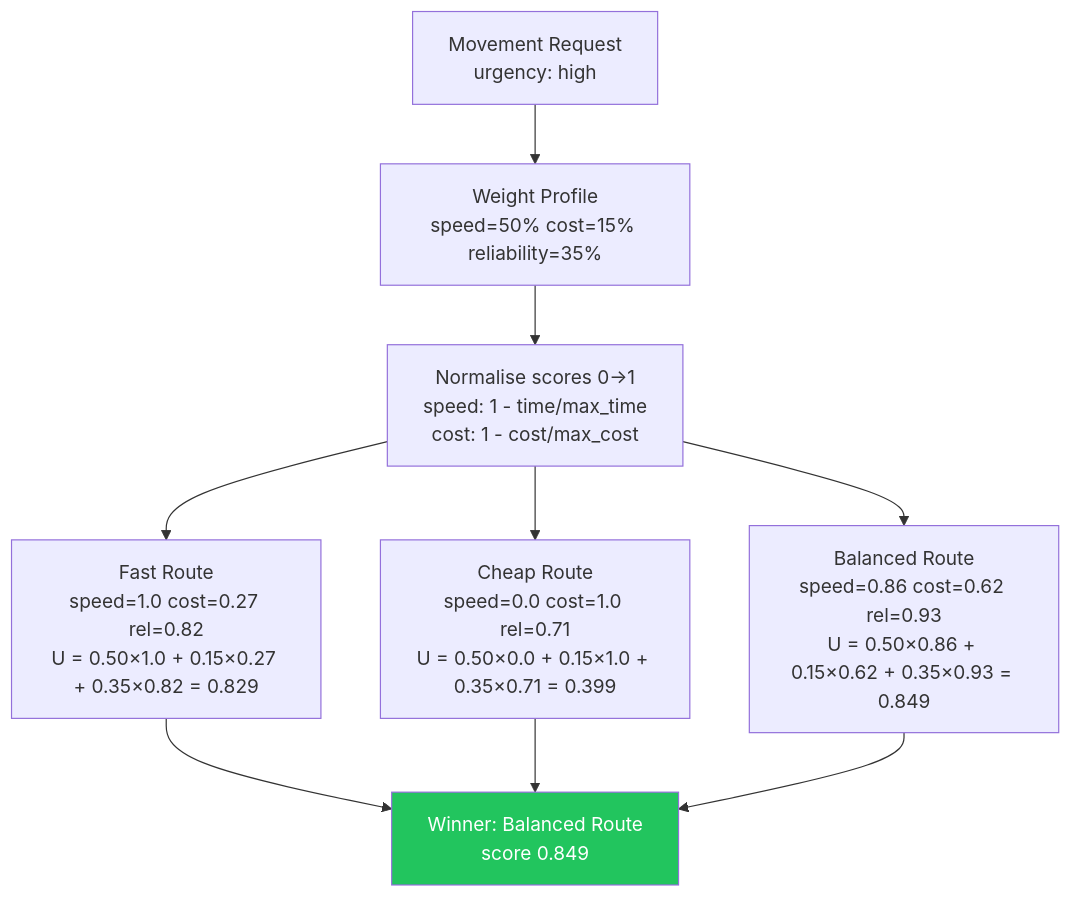
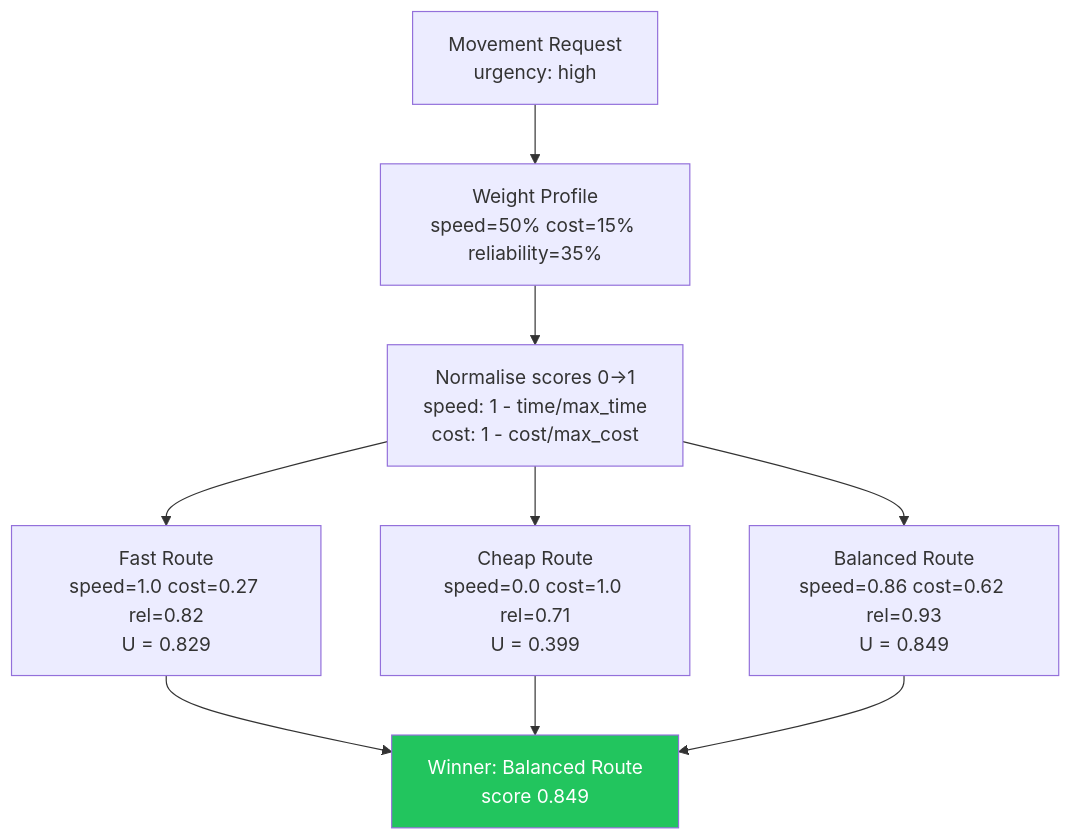
Before and after one commit to cheeroo2020/lupine-systems-core: the third of 5 diagrams in README.md, drawn with Mermaid. The commit also changed other lines of this file, not shown here.

````diff
--- a/README.md
+++ b/README.md
@@ -272,13 +101,13 @@
 ```mermaid
 flowchart TD
-    REQ[Movement Request\nurgency: high] --> WP[Weight Profile\nspeed=50% cost=15% reliability=35%]
-    WP --> NORM[Normalise scores 0→1\nspeed: 1 - time/max_time\ncost:  1 - cost/max_cost]
+    REQ["Movement Request\nurgency: high"] --> WP["Weight Profile\nspeed=50% cost=15% reliability=35%"]
+    WP --> NORM["Normalise scores 0→1\nspeed: 1 - time/max_time\ncost:  1 - cost/max_cost"]
 
-    NORM --> R1["Fast Route\nspeed=1.0 cost=0.27 rel=0.82\nU = 0.50×1.0 + 0.15×0.27 + 0.35×0.82 = 0.829"]
-    NORM --> R2["Cheap Route\nspeed=0.0 cost=1.0 rel=0.71\nU = 0.50×0.0 + 0.15×1.0 + 0.35×0.71 = 0.399"]
-    NORM --> R3["Balanced Route\nspeed=0.86 cost=0.62 rel=0.93\nU = 0.50×0.86 + 0.15×0.62 + 0.35×0.93 = 0.849"]
+    NORM --> R1["Fast Route\nspeed=1.0 cost=0.27 rel=0.82\nU = 0.829"]
+    NORM --> R2["Cheap Route\nspeed=0.0 cost=1.0 rel=0.71\nU = 0.399"]
+    NORM --> R3["Balanced Route\nspeed=0.86 cost=0.62 rel=0.93\nU = 0.849"]
 
     R1 & R2 & R3 --> WIN["Winner: Balanced Route\nscore 0.849"]
 
     style WIN fill:#22c55e,color:#fff
 ```
````
